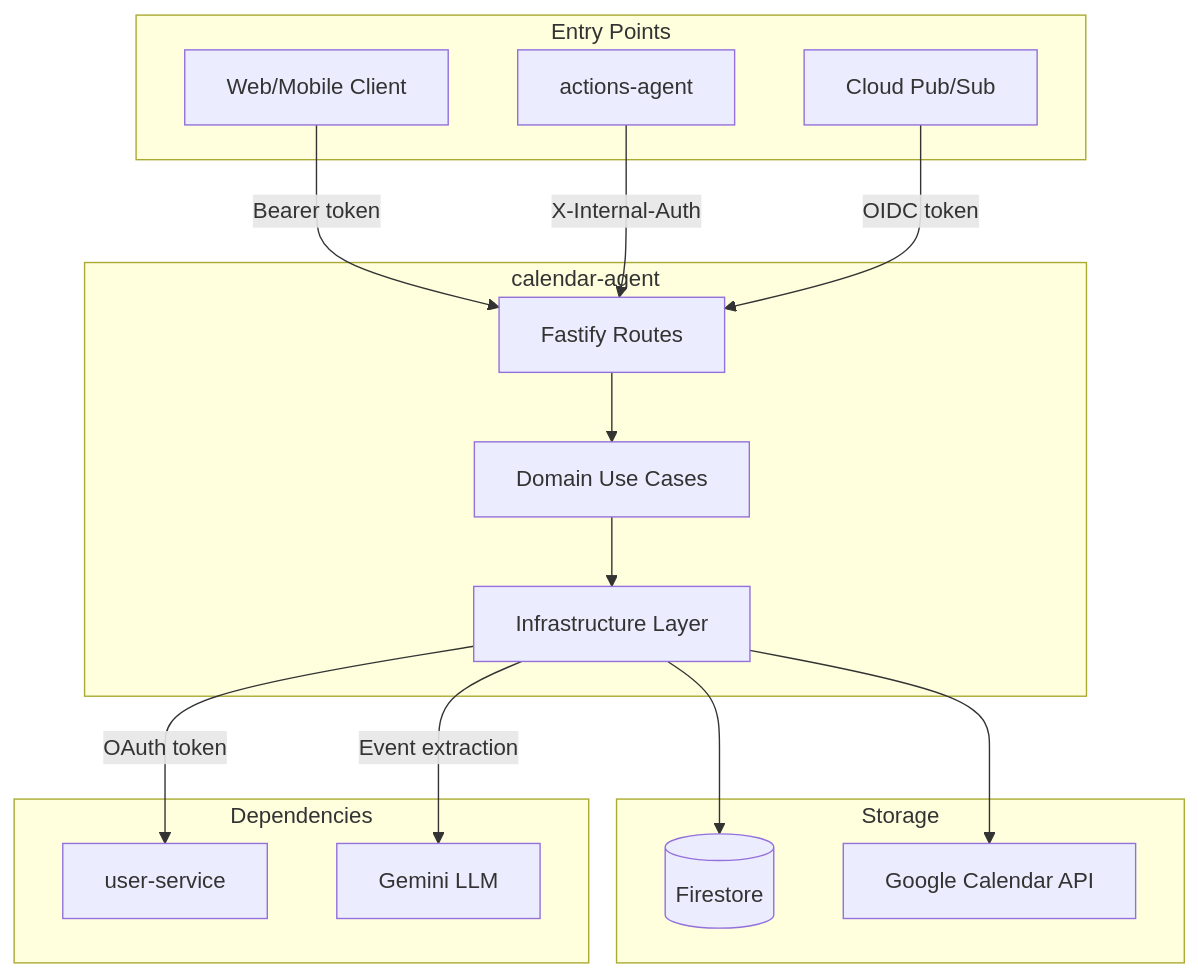
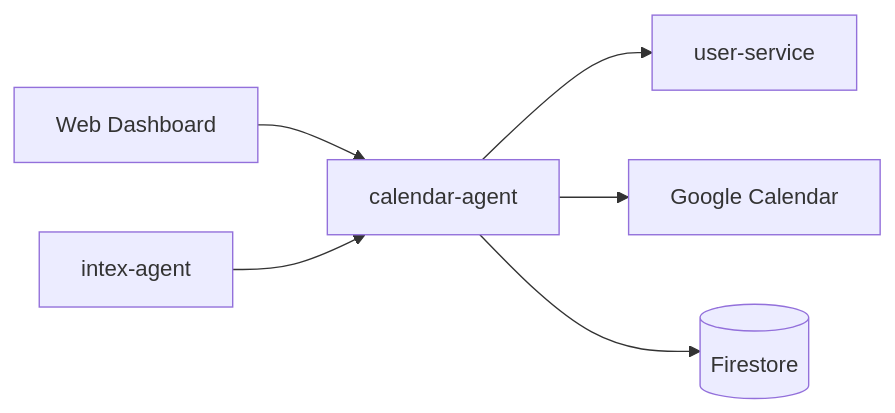
Before and after one commit to pbuchman/intexuraos: the diagram in docs/services/calendar-agent/technical.md, drawn with Mermaid. The commit also changed other lines of this file and 607 other files, not shown here.

````diff
--- a/docs/services/calendar-agent/technical.md
+++ b/docs/services/calendar-agent/technical.md
@@ -9,36 +7,8 @@
 ```mermaid
-graph TB
-    subgraph "Entry Points"
-        Client[Web/Mobile Client]
-        ActAgent[actions-agent]
-        PubSub[Cloud Pub/Sub]
-    end
-
-    subgraph "calendar-agent"
-        Routes[Fastify Routes]
-        UseCases[Domain Use Cases]
-        Infra[Infrastructure Layer]
-    end
-
-    subgraph "Storage"
-        Firestore[(Firestore)]
-        GC[Google Calendar API]
-    end
-
-    subgraph "Dependencies"
-        US[user-service]
-        LLM[Gemini LLM]
-    end
-
-    Client -->|Bearer token| Routes
-    ActAgent -->|X-Internal-Auth| Routes
-    PubSub -->|OIDC token| Routes
-
-    Routes --> UseCases
-    UseCases --> Infra
-
-    Infra -->|OAuth token| US
-    Infra -->|Event extraction| LLM
-    Infra --> Firestore
-    Infra --> GC
+flowchart LR
+    Web[Web Dashboard] --> Calendar[calendar-agent]
+    Intex[intex-agent] --> Calendar
+    Calendar --> User[user-service]
+    Calendar --> Google[Google Calendar]
+    Calendar --> Store[(Firestore)]
 ```
````
